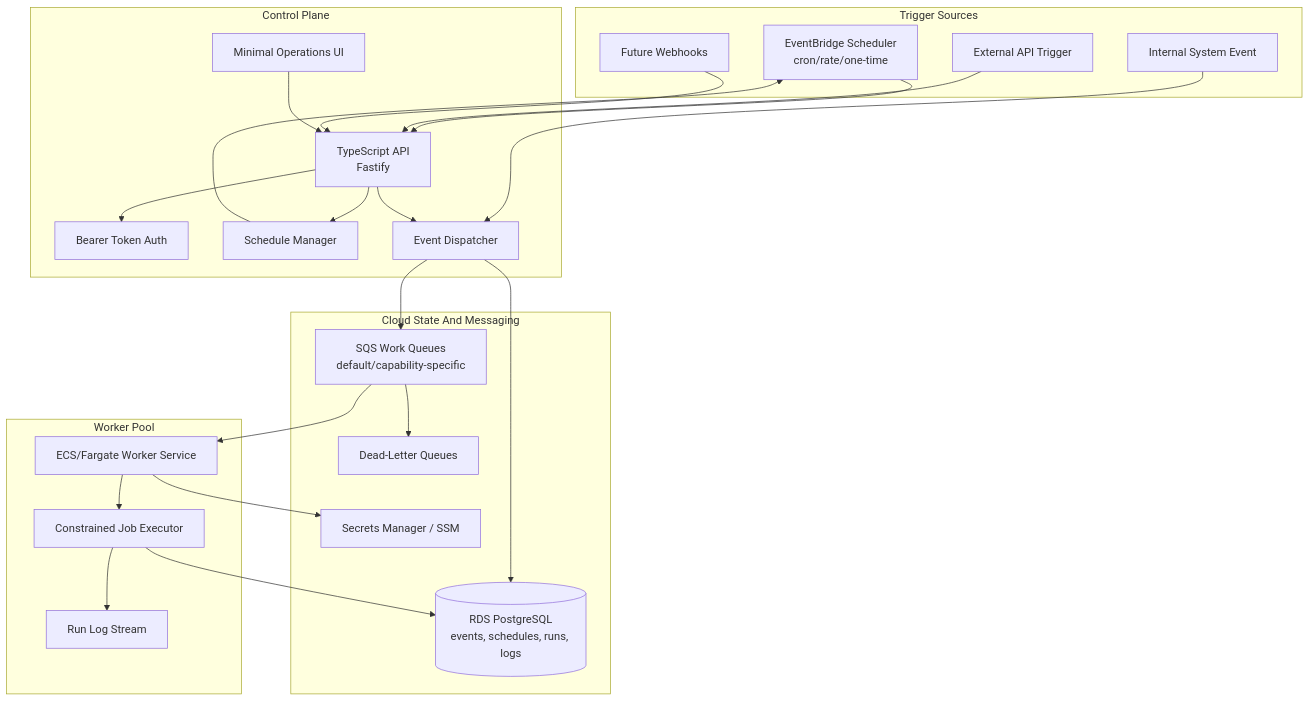
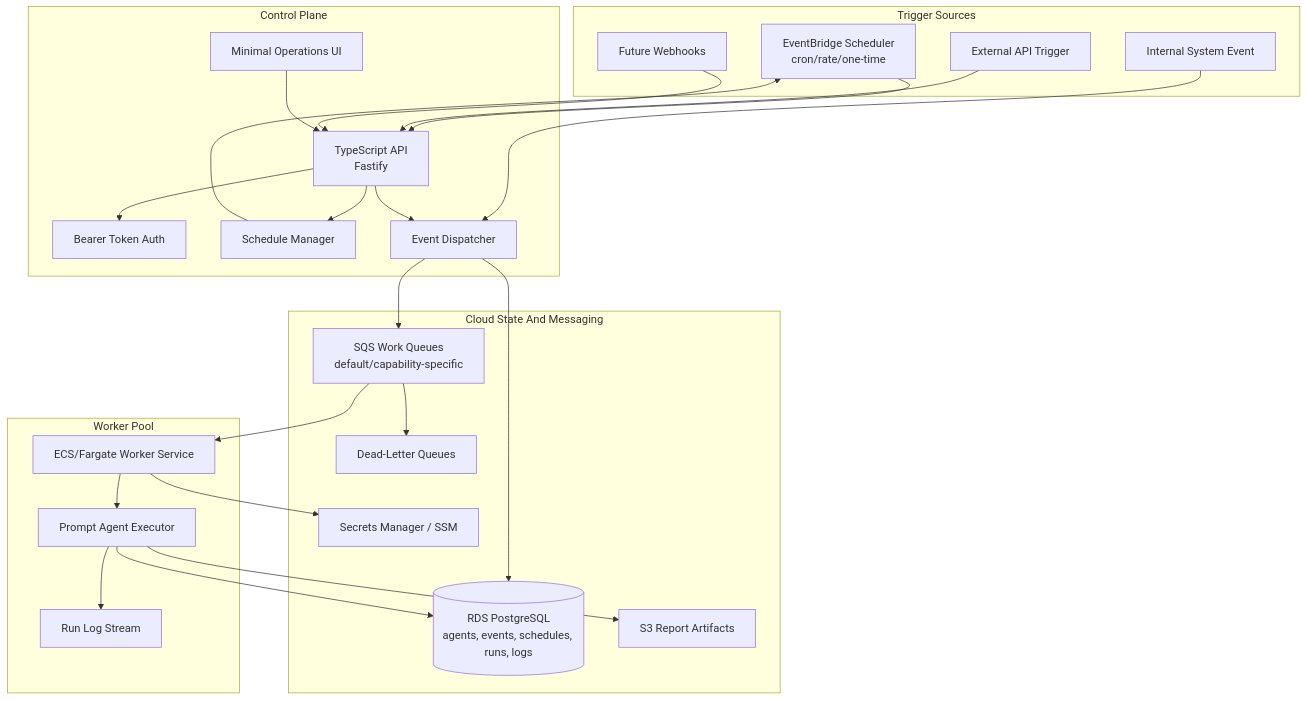
One commit to NTitterton/event-agent changed the first of 2 diagrams in project_design.md. Above: the diagram before and after it, drawn with Mermaid. The commit also changed other lines of this file and 25 other files, not shown here.

Commit message:
Add data-driven daily stock prompt agent

````diff
--- a/project_design.md
+++ b/project_design.md
@@ -7,48 +7,50 @@
 ```mermaid
 graph TD
     subgraph "Trigger Sources"
         Cron["EventBridge Scheduler<br/>cron/rate/one-time"]
         APIClient["External API Trigger"]
         Internal["Internal System Event"]
         Webhook["Future Webhooks"]
     end
 
     subgraph "Control Plane"
         API["TypeScript API<br/>Fastify"]
         Auth["Bearer Token Auth"]
         Scheduler["Schedule Manager"]
         Dispatcher["Event Dispatcher"]
         UI["Minimal Operations UI"]
     end
 
     subgraph "Cloud State And Messaging"
-        DB[("RDS PostgreSQL<br/>events, schedules, runs, logs")]
+        DB[("RDS PostgreSQL<br/>agents, events, schedules, runs, logs")]
         SQS["SQS Work Queues<br/>default/capability-specific"]
         DLQ["Dead-Letter Queues"]
+        S3["S3 Report Artifacts"]
         Secrets["Secrets Manager / SSM"]
     end
 
     subgraph "Worker Pool"
         Fargate["ECS/Fargate Worker Service"]
-        Executor["Constrained Job Executor"]
+    Executor["Prompt Agent Executor"]
         Logs["Run Log Stream"]
     end
 
     Cron --> API
     APIClient --> API
     Internal --> Dispatcher
     Webhook --> API
     UI --> API
     API --> Auth
     API --> Scheduler
     API --> Dispatcher
     Scheduler --> Cron
     Dispatcher --> DB
     Dispatcher --> SQS
     SQS --> Fargate
     SQS --> DLQ
     Fargate --> Executor
     Executor --> Logs
     Executor --> DB
+    Executor --> S3
     Fargate --> Secrets
 ```
````
